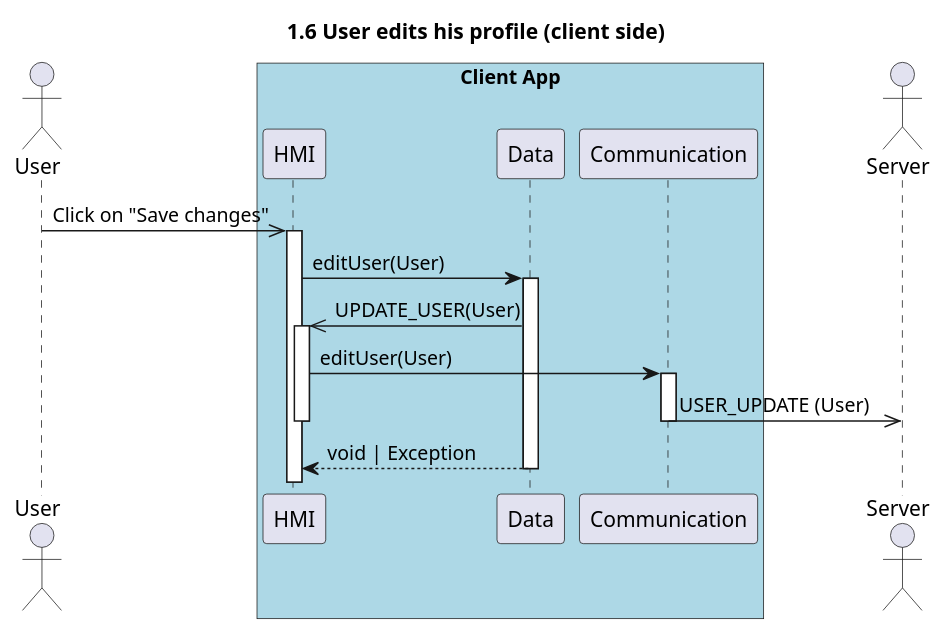
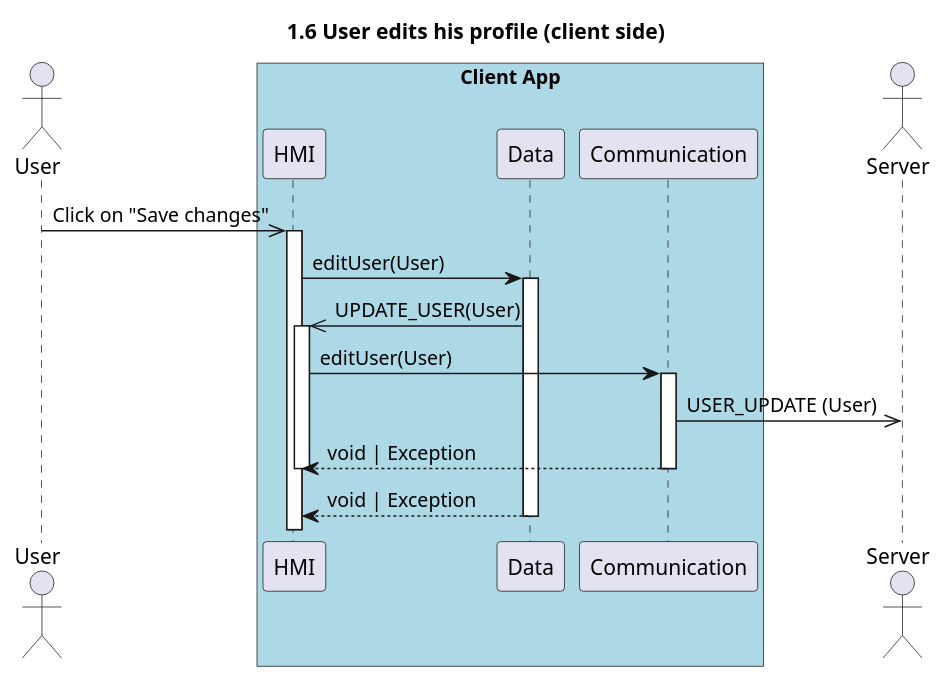
Before and after one commit to UTCAI12/Diagrams: the diagram in sequence/1.6.user_edits_profile_client.puml, drawn with PlantUML. The commit also changed 7 other files, not shown here.

```diff
--- a/sequence/1.6.user_edits_profile_client.puml
+++ b/sequence/1.6.user_edits_profile_client.puml
@@ -1,20 +1,21 @@
 @startuml 1.6 User edits his profile (client side)
 title 1.6 User edits his profile (client side)
 
 actor "User" as user
 box "Client App" #LightBlue
     participant "HMI" as hmi
     participant "Data" as data
     participant "Communication" as com
 end box
 actor "Server" as server
 
 user ->> hmi++: Click on "Save changes"
 hmi->data++: editUser(User)
 data->>hmi++: UPDATE_USER(User)
 hmi->com++: editUser(User)
 com->>server: USER_UPDATE (User)
+com-->hmi: void | Exception
 deactivate hmi
 deactivate com
 return void | Exception
 @enduml
```
